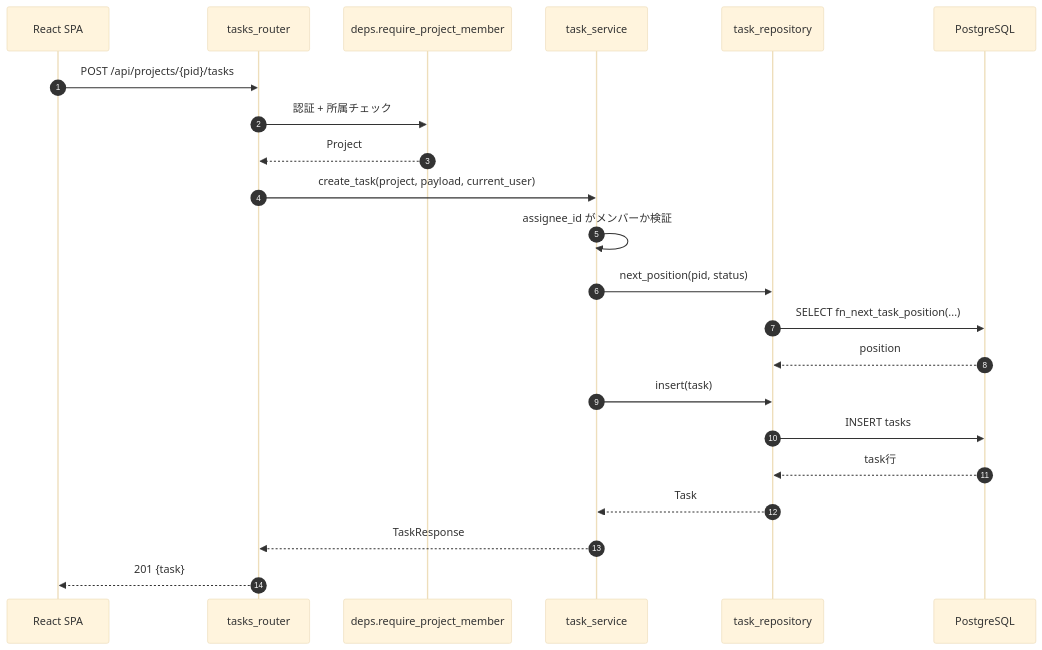
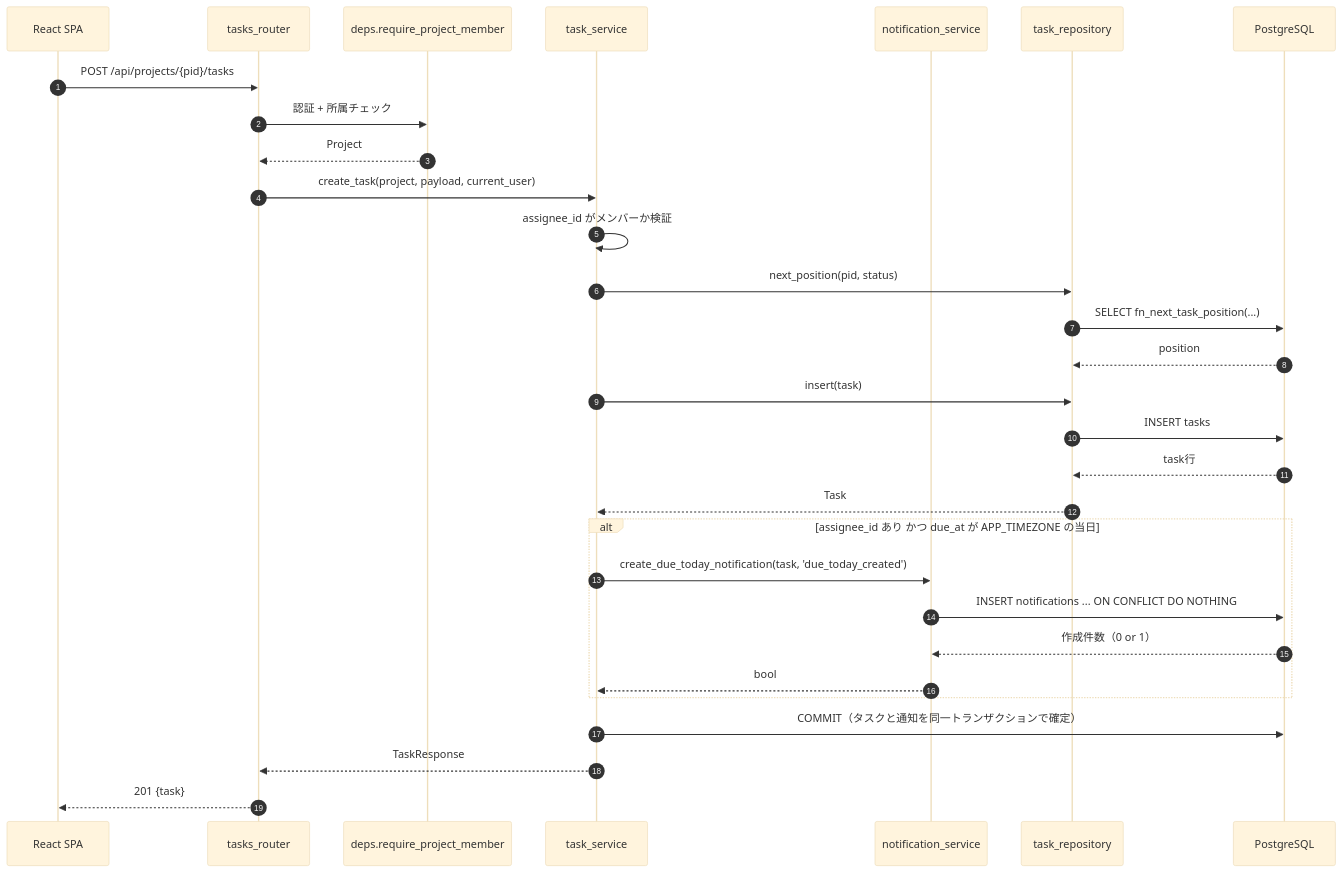
One commit to oikawa-d/task_management changed the second of 4 diagrams in basic_design/04_api.md. Above: the diagram before and after it, drawn with Mermaid (base theme). The commit also changed other lines of this file and 6 other files, not shown here.

````diff
--- a/basic_design/04_api.md
+++ b/basic_design/04_api.md
@@ -370,25 +434,33 @@
 ```mermaid
 sequenceDiagram
     autonumber
     participant FE as React SPA
     participant R as tasks_router
     participant D as deps.require_project_member
     participant S as task_service
+    participant NS as notification_service
     participant TR as task_repository
     participant PG as PostgreSQL
 
     FE->>R: POST /api/projects/{pid}/tasks
     R->>D: 認証 + 所属チェック
     D-->>R: Project
     R->>S: create_task(project, payload, current_user)
     S->>S: assignee_id がメンバーか検証
     S->>TR: next_position(pid, status)
     TR->>PG: SELECT fn_next_task_position(...)
     PG-->>TR: position
     S->>TR: insert(task)
     TR->>PG: INSERT tasks
     PG-->>TR: task行
     TR-->>S: Task
+    alt assignee_id あり かつ due_at が APP_TIMEZONE の当日
+        S->>NS: create_due_today_notification(task, 'due_today_created')
+        NS->>PG: INSERT notifications ... ON CONFLICT DO NOTHING
+        PG-->>NS: 作成件数（0 or 1）
+        NS-->>S: bool
+    end
+    S->>PG: COMMIT（タスクと通知を同一トランザクションで確定）
     S-->>R: TaskResponse
     R-->>FE: 201 {task}
 ```
````
